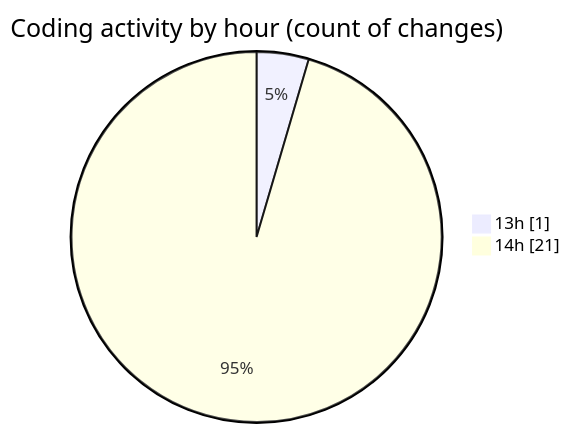
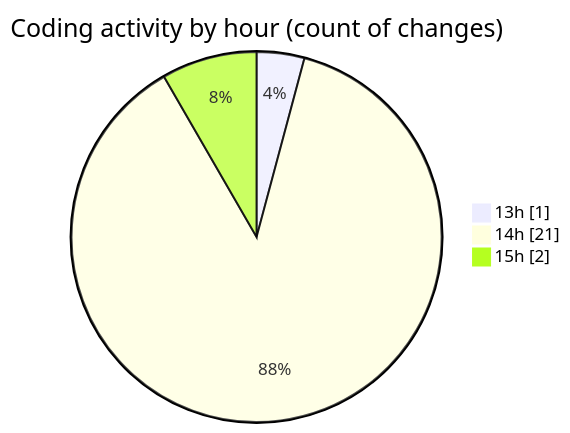
The second of 2 diagrams in 2025-11-01/futsal_rekomendasi/README.md (idhammustaqopulfikri/code-tracking), drawn with Mermaid before and after one commit. The commit also changed other lines of this file and 1 other file, not shown here.

````diff
--- a/2025-11-01/futsal_rekomendasi/README.md
+++ b/2025-11-01/futsal_rekomendasi/README.md
@@ -38,6 +38,7 @@
 ```mermaid
 pie showData
 title Coding activity by hour (count of changes)
 "13h" : 1
 "14h" : 21
+"15h" : 2
 ```
````
